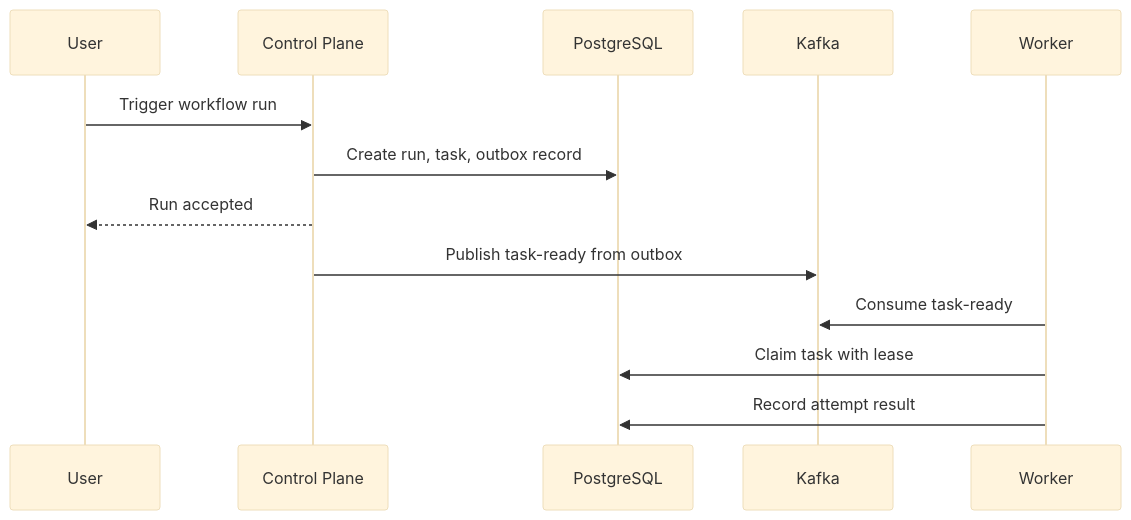
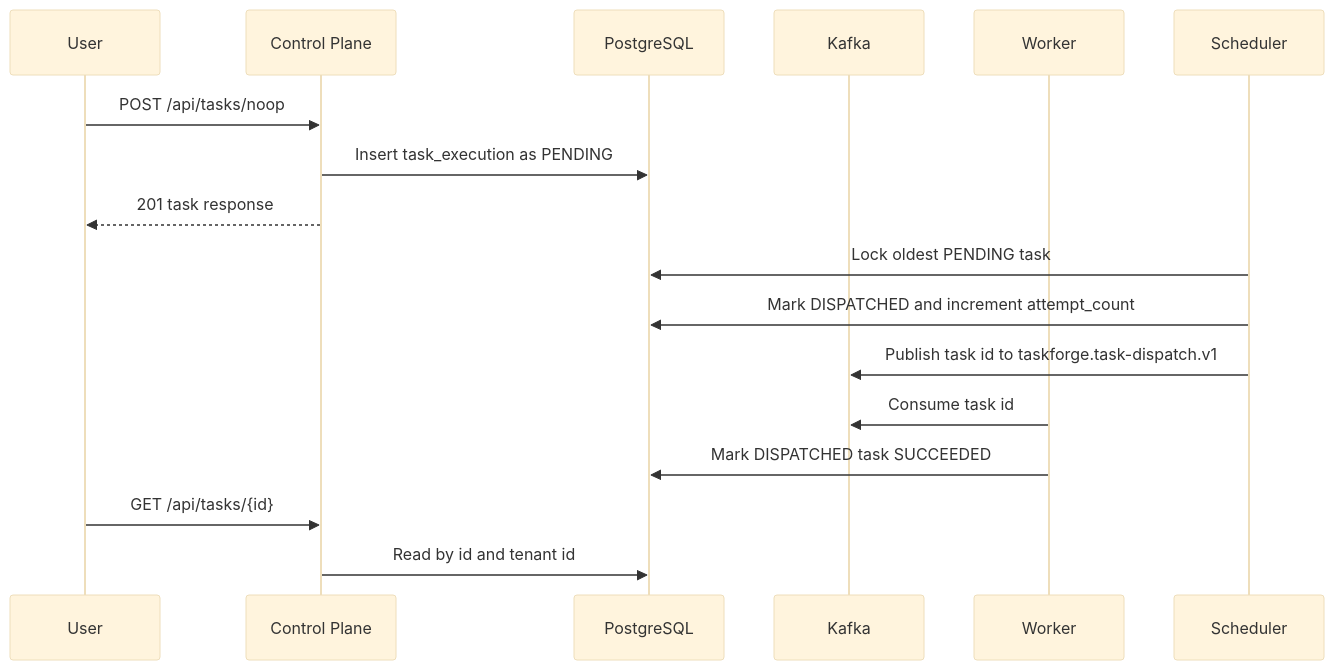
The second of 2 diagrams in docs/ARCHITECTURE.md (mihirgamre/taskforge), drawn with Mermaid (base theme) before and after one commit. The commit also changed other lines of this file and 51 other files, not shown here.

Commit message:
feat: implement Phase 1 task execution vertical slice

````diff
--- a/docs/ARCHITECTURE.md
+++ b/docs/ARCHITECTURE.md
@@ -41,15 +40,18 @@
 ```mermaid
 sequenceDiagram
   participant User
   participant Control as Control Plane
   participant DB as PostgreSQL
   participant Kafka
   participant Worker
-  User->>Control: Trigger workflow run
-  Control->>DB: Create run, task, outbox record
-  Control-->>User: Run accepted
-  Control->>Kafka: Publish task-ready from outbox
-  Worker->>Kafka: Consume task-ready
-  Worker->>DB: Claim task with lease
-  Worker->>DB: Record attempt result
+  User->>Control: POST /api/tasks/noop
+  Control->>DB: Insert task_execution as PENDING
+  Control-->>User: 201 task response
+  Scheduler->>DB: Lock oldest PENDING task
+  Scheduler->>DB: Mark DISPATCHED and increment attempt_count
+  Scheduler->>Kafka: Publish task id to taskforge.task-dispatch.v1
+  Worker->>Kafka: Consume task id
+  Worker->>DB: Mark DISPATCHED task SUCCEEDED
+  User->>Control: GET /api/tasks/{id}
+  Control->>DB: Read by id and tenant id
 ```
````
